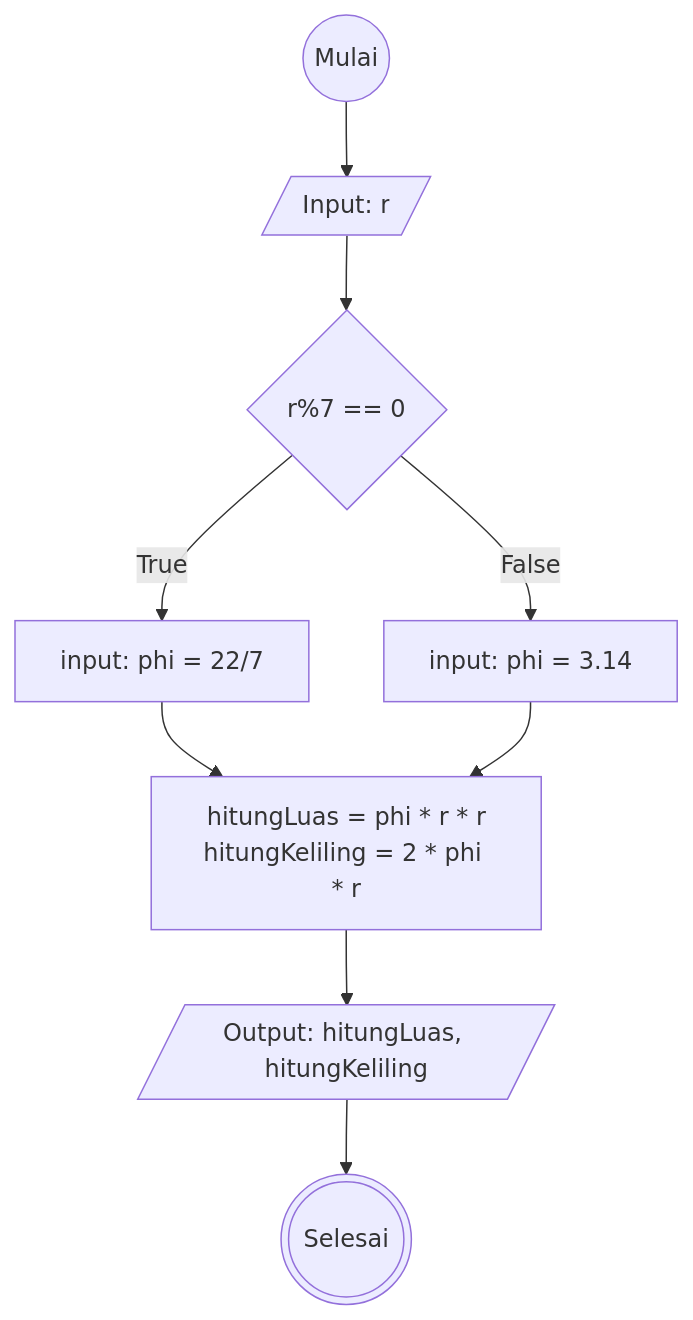
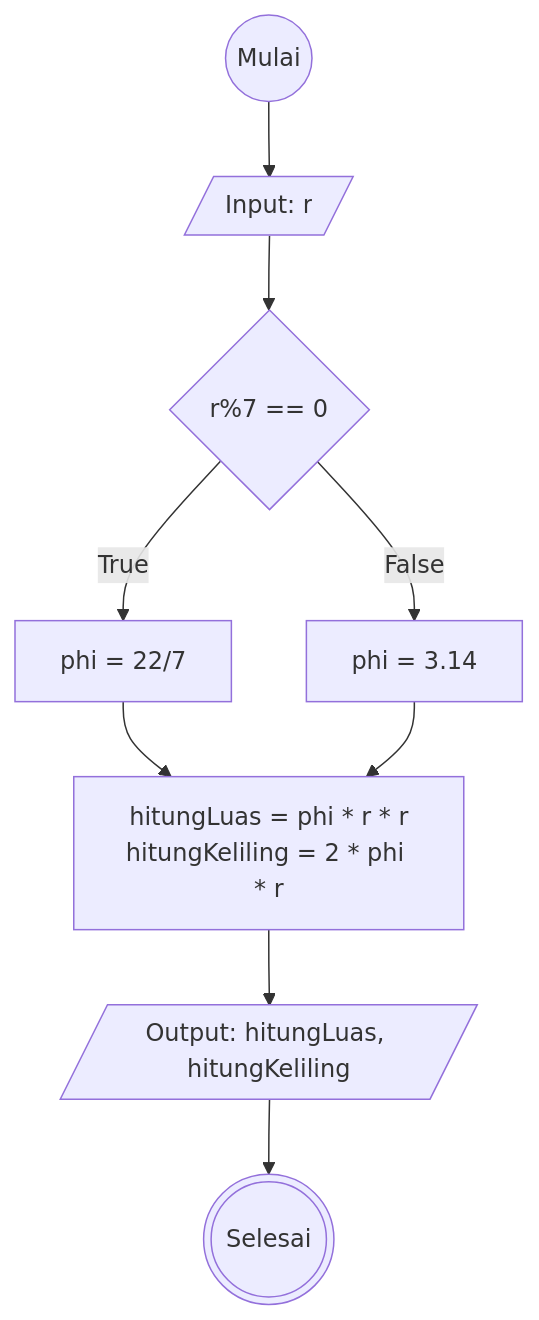
The diagram in flowchart-luas-keliling-lingkaran.md (mslthn/koda-b6-algoritma), drawn with Mermaid before and after one commit.

````diff
--- a/flowchart-luas-keliling-lingkaran.md
+++ b/flowchart-luas-keliling-lingkaran.md
@@ -1,17 +1,17 @@
 ```mermaid
 flowchart TD
     mulai@{ shape: circ, label: "Mulai"}
     input@{ shape: lean-r, label: "Input: r"}
     if@{shape: diamond, label: "r%7 == 0"}
-    inP7@{shape: rect, label: "input: phi = 22/7"}
-    inP3@{ shape: rect, label: "input: phi = 3.14"}
+    inP7@{shape: rect, label: "phi = 22/7"}
+    inP3@{ shape: rect, label: "phi = 3.14"}
     hitung@{ shape: rect, label: "hitungLuas = phi * r * r
     hitungKeliling = 2 * phi * r"}
     out@{ shape: lean-r, label: "Output: hitungLuas, hitungKeliling"}
     selesai@{ shape: dbl-circ, label: "Selesai"}
     
 mulai-->input-->if
 if-->|True| inP7-->hitung
 if-->|False| inP3-->hitung
 hitung-->out-->selesai
 ```
````
